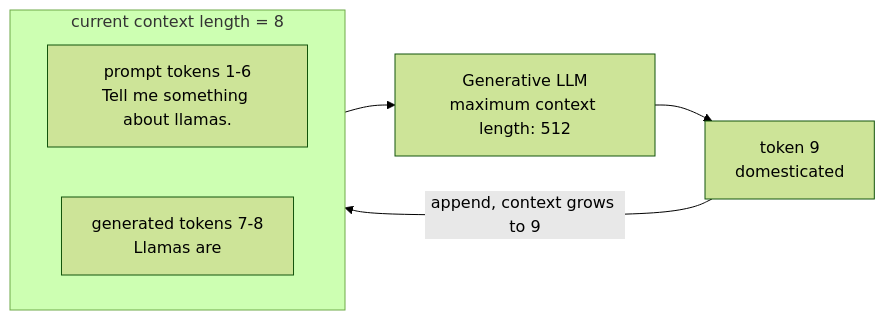
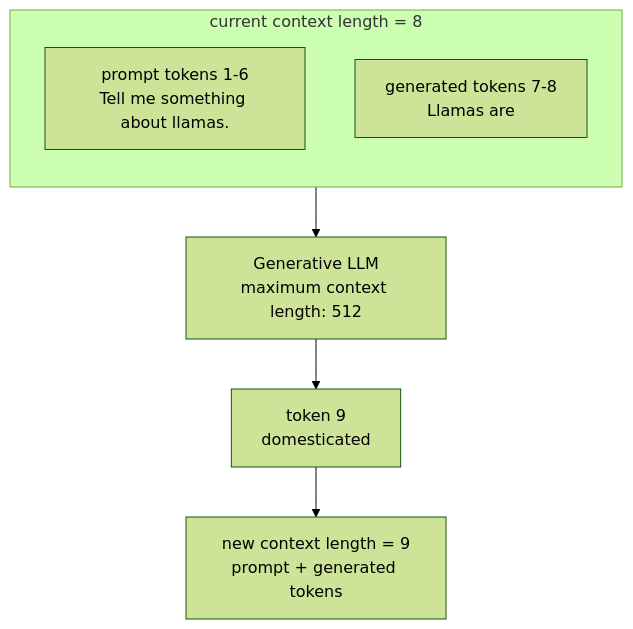
One commit to sanjaykumarpushadapu/MTech changed diagram 12 of 15 in 2026-2027-Sem1/AIMLZG536-LLMForGenerativeAI/notes/S01-foundations.md. Above: the diagram before and after it, drawn with Mermaid (forest theme). The commit also changed 3 other files, not shown here.

Commit message:
fixs mermaid

````diff
--- a/2026-2027-Sem1/AIMLZG536-LLMForGenerativeAI/notes/S01-foundations.md
+++ b/2026-2027-Sem1/AIMLZG536-LLMForGenerativeAI/notes/S01-foundations.md
@@ -724,11 +724,11 @@
 ```mermaid
-flowchart LR
+flowchart TD
     subgraph CTX["current context length = 8"]
-        direction LR
+        direction TB
         P["prompt tokens 1-6<br/>Tell me something about llamas."]
         G["generated tokens 7-8<br/>Llamas are"]
     end
     CTX --> M["Generative LLM<br/>maximum context length: 512"]
     M --> O["token 9<br/>domesticated"]
-    O -->|"append, context grows to 9"| CTX
+    O --> NCTX["new context length = 9<br/>prompt + generated tokens"]
 ```
````
